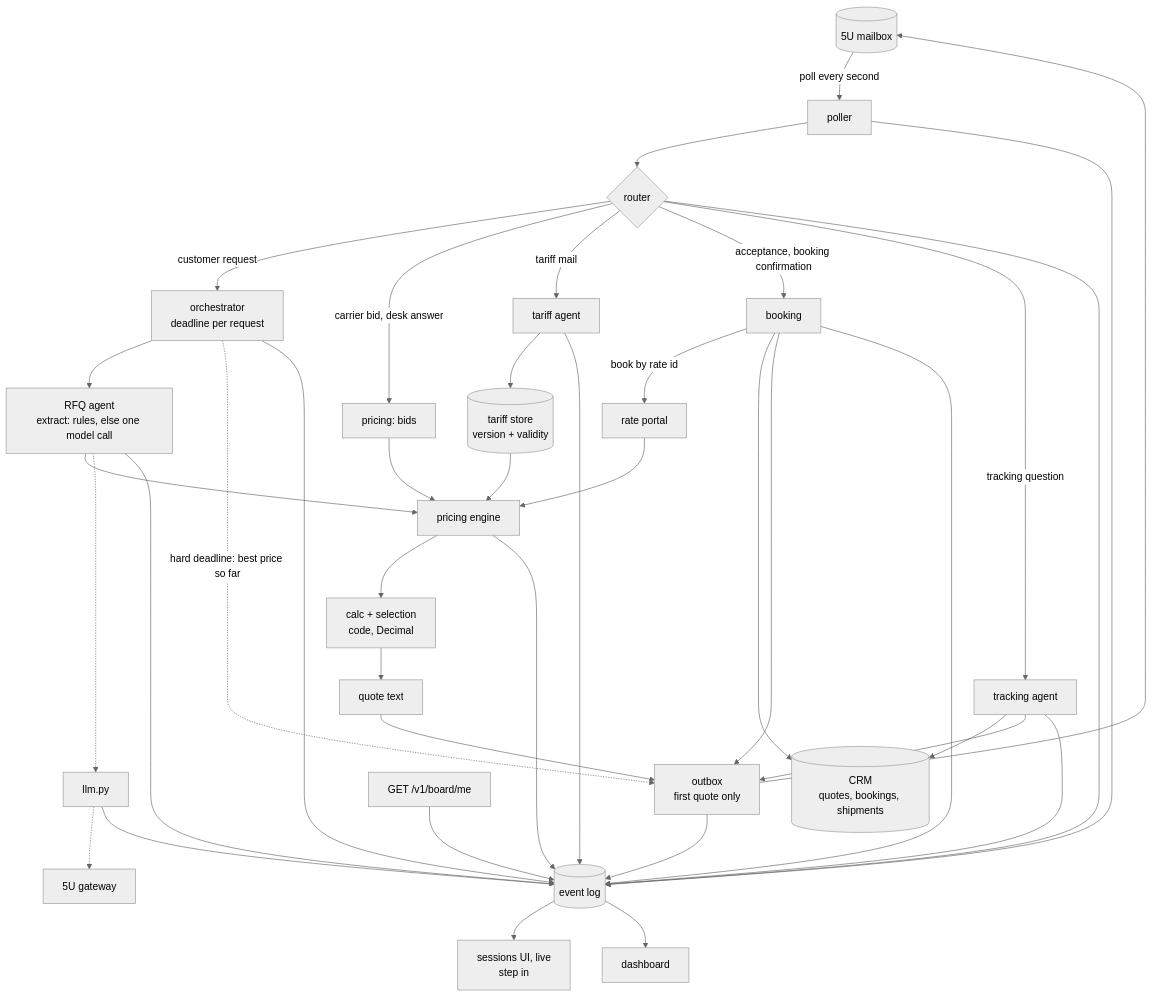
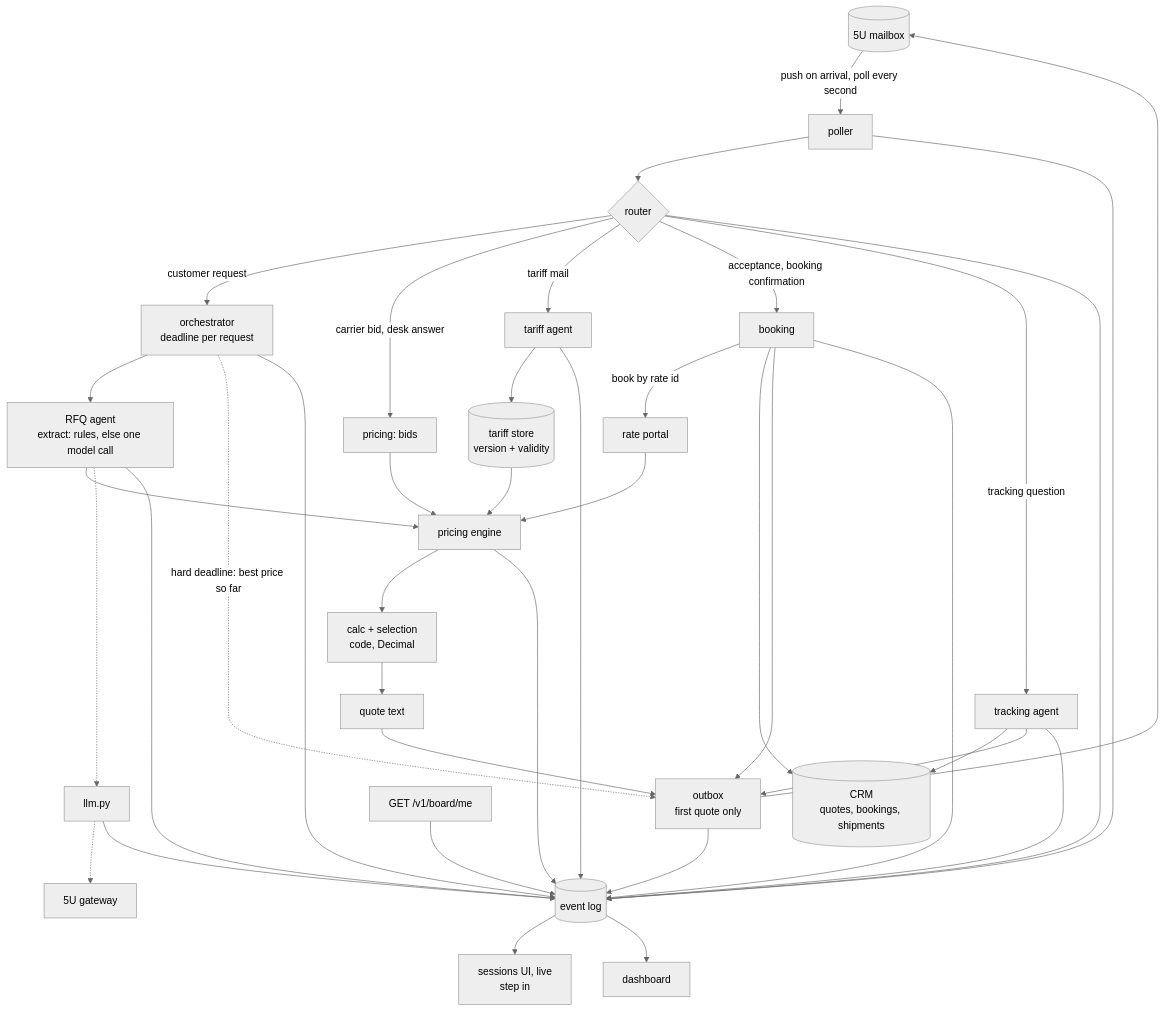
One commit to lucakammerer/pixel changed the diagram in README.md. Above: the diagram before and after it, drawn with Mermaid (neutral theme). The commit also changed 12 other files, not shown here.

Commit message:
Take new mail from the mailbox's signed pushes at POST /hook; the poll stays as the safety net

````diff
--- a/README.md
+++ b/README.md
@@ -8,34 +8,34 @@
 ```mermaid
 flowchart TD
-    MB[(5U mailbox)] -->|poll every second| P[poller]
+    MB[(5U mailbox)] -->|push on arrival, poll every second| P[poller]
     P --> R{router}
     R -->|customer request| O[orchestrator<br/>deadline per request]
     R -->|carrier bid, desk answer| BID[pricing: bids]
     R -->|tariff mail| T[tariff agent]
     R -->|acceptance, booking confirmation| BK[booking]
     R -->|tracking question| TR[tracking agent]
 
     O --> RFQ[RFQ agent<br/>extract: rules, else one model call]
     RFQ --> ENG[pricing engine]
     T --> ST[(tariff store<br/>version + validity)]
     ST --> ENG
     PORTAL[rate portal] --> ENG
     BID --> ENG
     ENG --> SEL[calc + selection<br/>code, Decimal]
     SEL --> Q[quote text]
     Q --> OUT[outbox<br/>first quote only]
     O -.->|hard deadline: best price so far| OUT
     OUT --> MB
 
     BK -->|book by rate id| PORTAL
     BK --> CRM[(CRM<br/>quotes, bookings, shipments)]
     TR --> CRM
     TR --> OUT
     BK --> OUT
 
     RFQ -.-> LLM[llm.py] -.-> GW[5U gateway]
     P & R & O & RFQ & ENG & OUT & BK & TR & T & LLM --> EV[(event log)]
     EV --> UI[sessions UI, live<br/>step in]
     EV --> DASH[dashboard]
     BOARD["GET /v1/board/me"] --> EV
 ```
````
